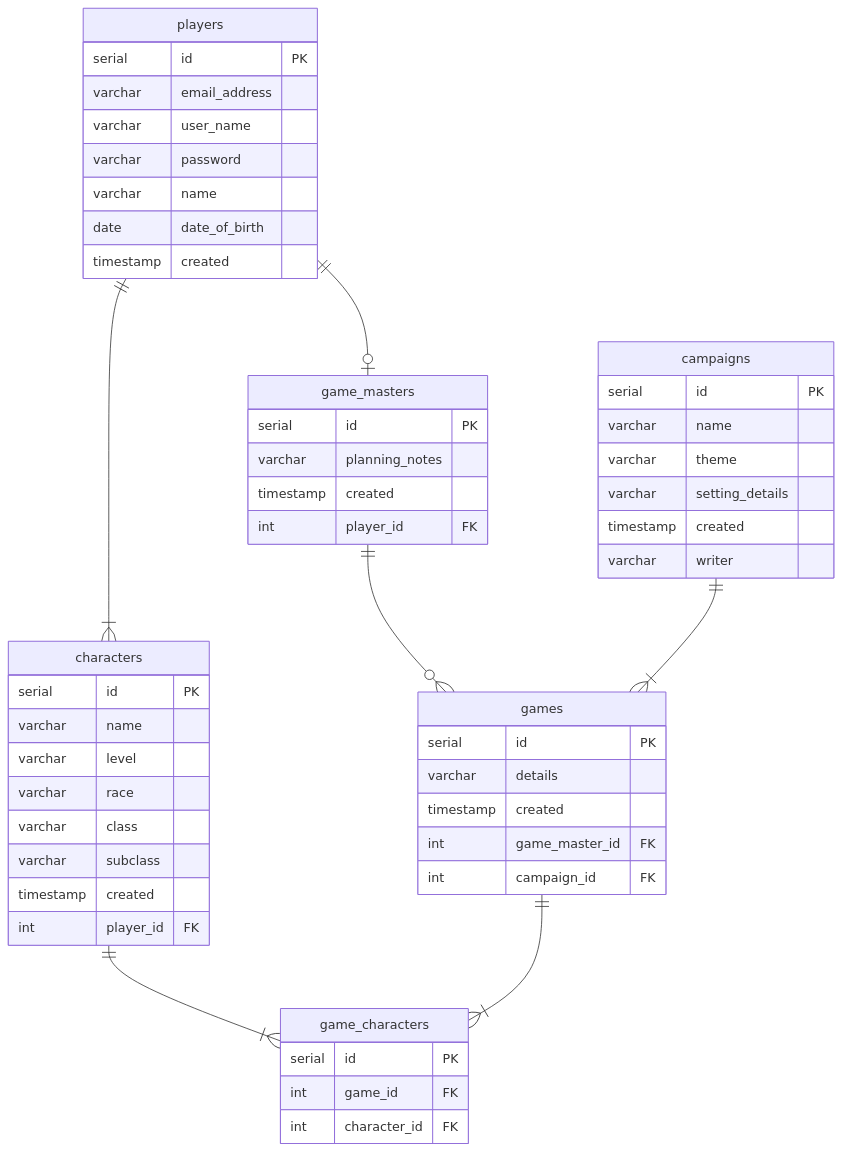
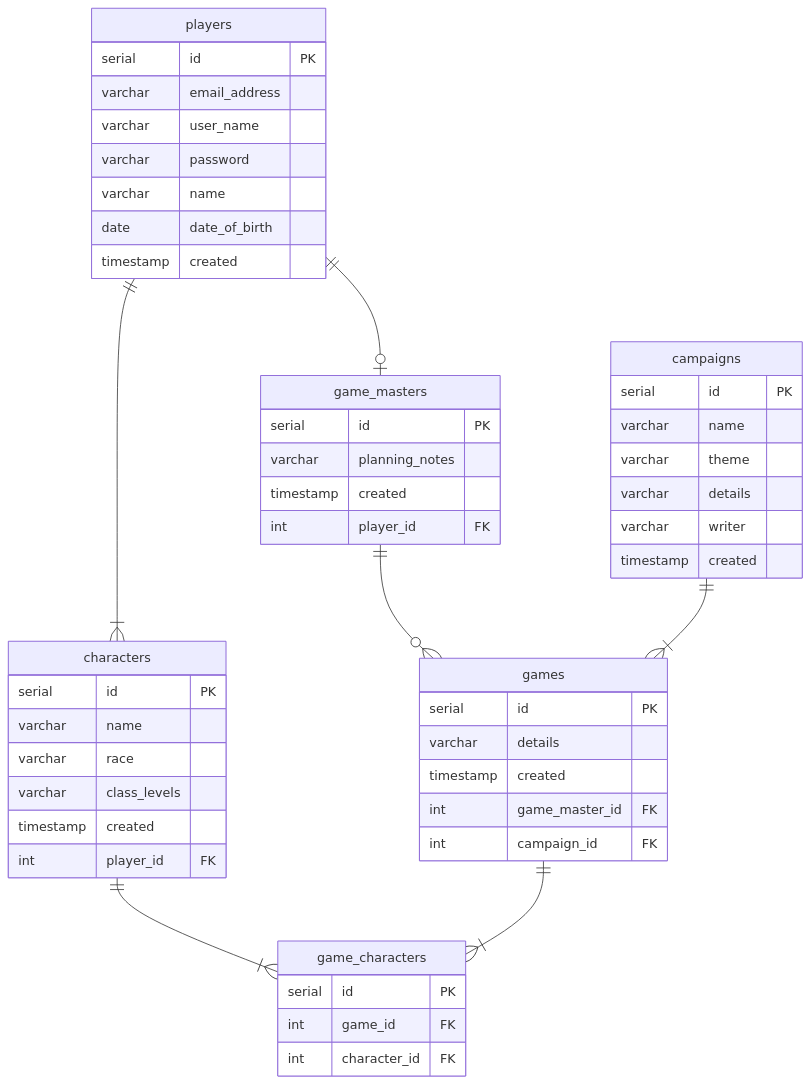
One commit to Rkfmckee/CoE-DnD-Organiser changed the second of 2 diagrams in README.md. Above: the diagram before and after it, drawn with Mermaid. The commit also changed 4 other files, not shown here.

````diff
--- a/README.md
+++ b/README.md
@@ -57,67 +57,65 @@
 ``` mermaid
 erDiagram 
 
 game_masters ||--o{ games : ""
 players ||--|{ characters : ""
 players ||--|o game_masters : ""
 campaigns ||--|{ games : ""
 characters ||--|{ game_characters : ""
 games ||--|{ game_characters : ""
 
 game_masters 
 {
     serial id PK
     varchar planning_notes
     timestamp created
     int player_id FK
 }
 
 players 
 {
     serial id PK
     varchar email_address
     varchar user_name
     varchar password
     varchar name
     date date_of_birth
     timestamp created
 }
 
 games 
 {
     serial id PK
     varchar details
     timestamp created
     int game_master_id FK
     int campaign_id FK
 }
 
 campaigns 
 {
     serial id PK
     varchar name
     varchar theme
-    varchar setting_details
+    varchar details
+    varchar writer
     timestamp created
-    varchar writer
 }
 
 characters 
 {
     serial id PK
     varchar name
-    varchar level
     varchar race
-    varchar class
-    varchar subclass
+    varchar class_levels
     timestamp created
     int player_id FK
 }
 
 game_characters 
 {
     serial id PK
     int game_id FK
     int character_id FK
 }
 ```
````
